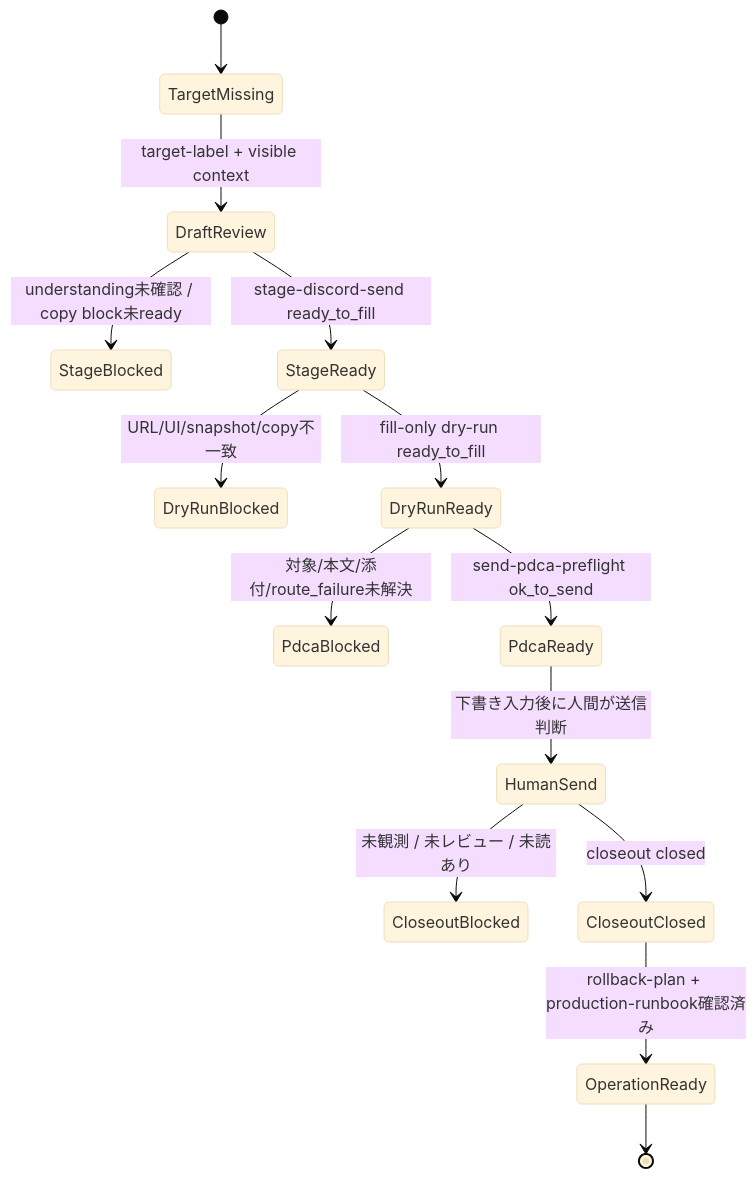
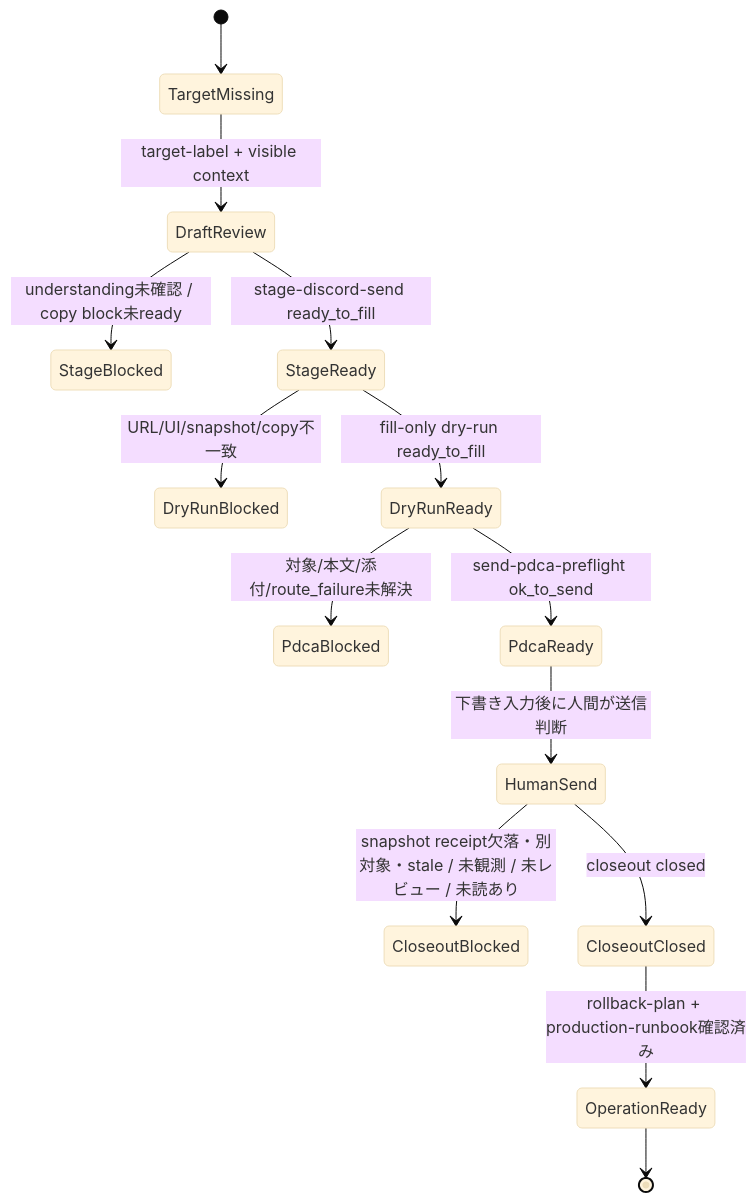
Before and after one commit to nexus-ai-2045/discord-context-bridge: the second of 2 diagrams in docs/discord-send-operation-runbook.md, drawn with Mermaid (base theme). The commit also changed other lines of this file and 7 other files, not shown here.

````diff
--- a/docs/discord-send-operation-runbook.md
+++ b/docs/discord-send-operation-runbook.md
@@ -239,16 +256,16 @@
 ```mermaid
 stateDiagram-v2
   [*] --> TargetMissing
   TargetMissing --> DraftReview: target-label + visible context
   DraftReview --> StageBlocked: understanding未確認 / copy block未ready
   DraftReview --> StageReady: stage-discord-send ready_to_fill
   StageReady --> DryRunBlocked: URL/UI/snapshot/copy不一致
   StageReady --> DryRunReady: fill-only dry-run ready_to_fill
   DryRunReady --> PdcaBlocked: 対象/本文/添付/route_failure未解決
   DryRunReady --> PdcaReady: send-pdca-preflight ok_to_send
   PdcaReady --> HumanSend: 下書き入力後に人間が送信判断
-  HumanSend --> CloseoutBlocked: 未観測 / 未レビュー / 未読あり
+  HumanSend --> CloseoutBlocked: snapshot receipt欠落・別対象・stale / 未観測 / 未レビュー / 未読あり
   HumanSend --> CloseoutClosed: closeout closed
   CloseoutClosed --> OperationReady: rollback-plan + production-runbook確認済み
   OperationReady --> [*]
 ```
````
